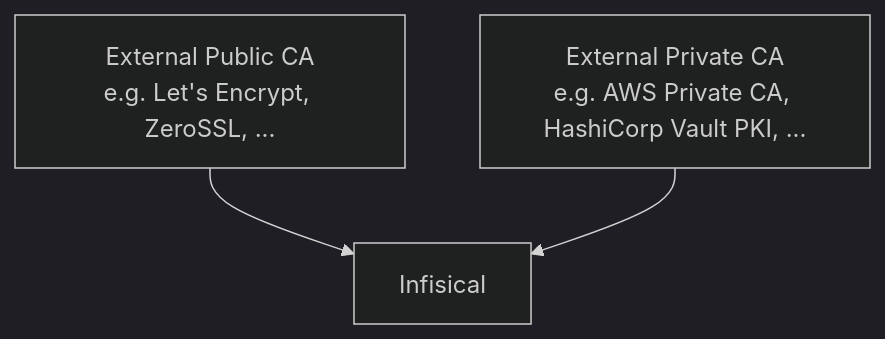
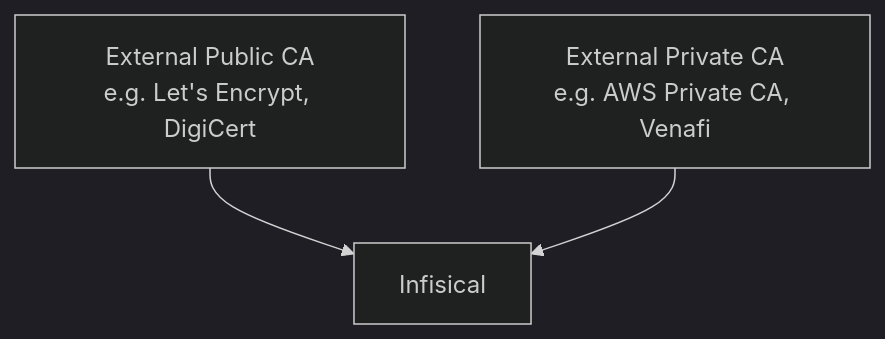
One commit to m41denx/infisical-ee changed the diagram in docs/documentation/platform/pki/ca/external-ca.mdx. Above: the diagram before and after it, drawn with Mermaid (dark theme). The commit also changed other lines of this file and 7206 other files, not shown here.

````diff
--- a/docs/documentation/platform/pki/ca/external-ca.mdx
+++ b/docs/documentation/platform/pki/ca/external-ca.mdx
@@ -13,5 +13,5 @@
 ```mermaid
 graph TD
-    A1[External Public CA<br>e.g. Let's Encrypt, ZeroSSL, ...] --> Infisical
-    A2[External Private CA<br>e.g. AWS Private CA, HashiCorp Vault PKI, ...] --> Infisical
+    A1[External Public CA<br>e.g. Let's Encrypt, DigiCert] --> Infisical
+    A2[External Private CA<br>e.g. AWS Private CA, Venafi] --> Infisical
 ```
````
